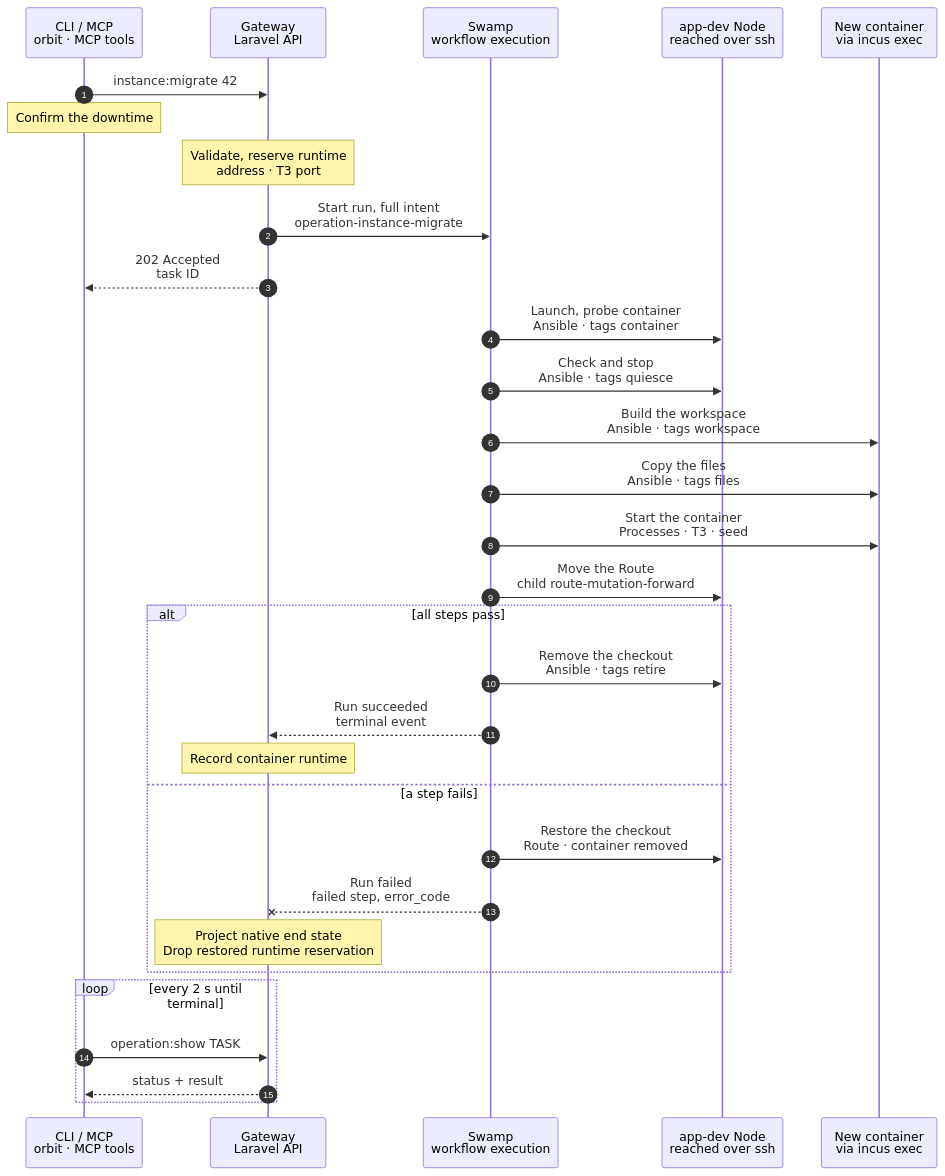
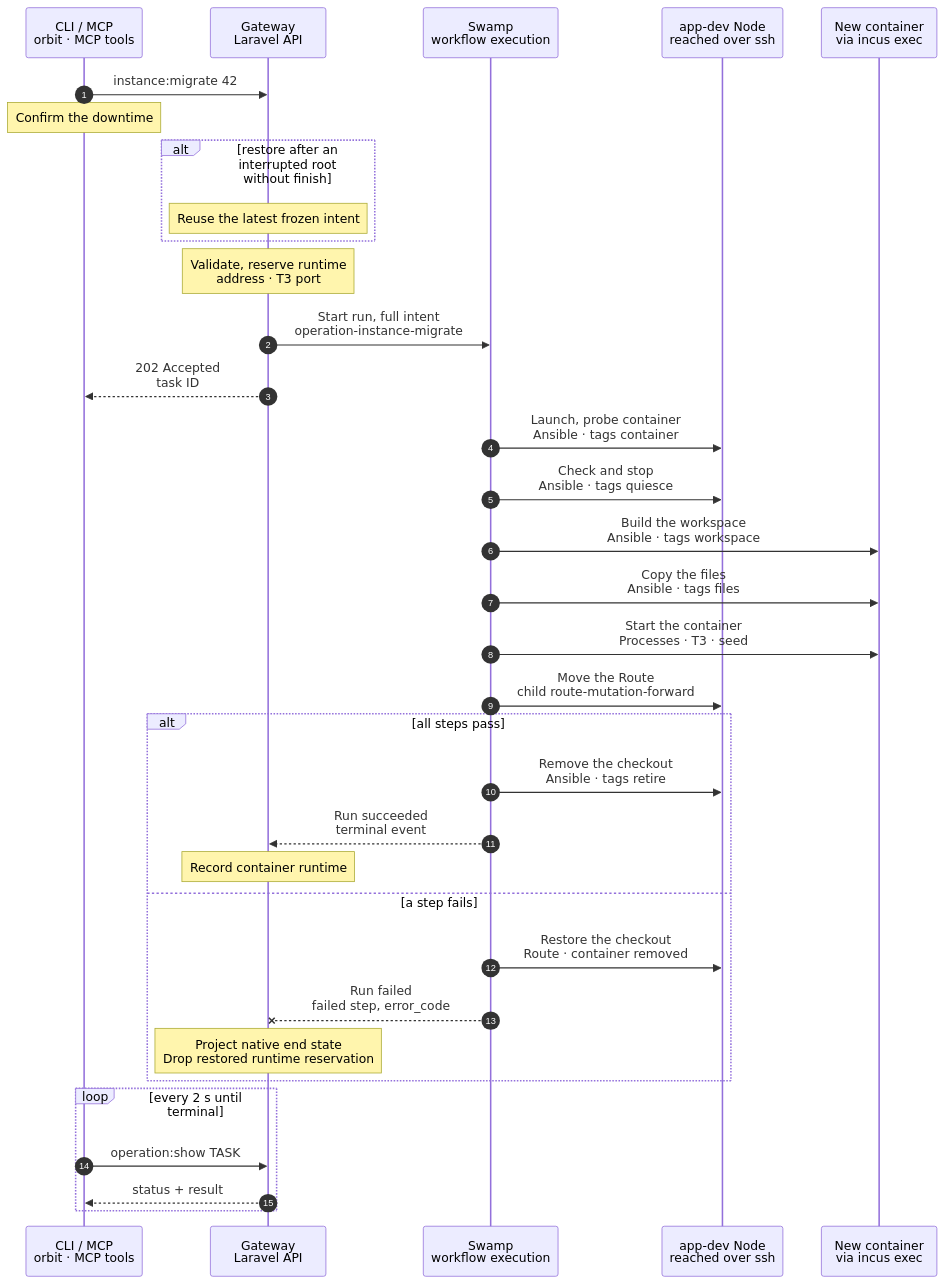
One commit to hardimpactdev/orbit changed the diagram in docs/cli/instance/migrate.mmd. Above: the diagram before and after it, drawn with Mermaid. The commit also changed 7 other files, not shown here.

Commit message:
docs: specify restore-only recovery for an interrupted migration

```diff
--- a/docs/cli/instance/migrate.mmd
+++ b/docs/cli/instance/migrate.mmd
@@ -1,110 +1,117 @@
 sequenceDiagram
   %% Container runtime (ADR 0250 step 8, docs/reference/development-containers.md#migrate-a-checkout-instance): one checkout Instance moves into a container, with its code. Its database stays where it is, and the container gets its own way to it. A default Instance moves before the other Instances of its Project, and keeps its checkout until its last worktree has moved. The command exists only until the last checkout Instance has moved (docs/reference/old-paths.md). The container steps are the phases of docs/cli/instance/container/create-default.mmd and create.mmd.
   %% status: draft
   %% command: instance:migrate
   %% kind: instance.migrate
   autonumber
   %% lane CLI icon=terminal pill=caller tone=gray
   %% lane GW icon=gateway pill=intent tone=blue
   %% lane SW icon=workflow pill=executes tone=green
   %% lane N icon=server pill=target tone=amber
   %% lane C icon=server pill=target tone=purple
   participant CLI as CLI / MCP<br/>orbit · MCP tools
   participant GW as Gateway<br/>Laravel API
   participant SW as Swamp<br/>workflow execution
   participant N as app-dev Node<br/>reached over ssh
   participant C as New container<br/>via incus exec
   CLI->>GW: instance:migrate 42
   %%> Command:
   %%> - `orbit instance:migrate INSTANCE`
-  %%> - syntax: `<instance> [--force] [--idempotency-key=KEY] [--json]`
+  %%> - syntax: `<instance> [--force] [--restore] [--idempotency-key=KEY] [--json]`
   Note over CLI: Confirm the downtime
   %%> What it asks:
   %%> - the Instance goes down during the move, and its old checkout moves to retention after it; `--force` answers yes
+  alt restore after an interrupted root without finish
+    Note over GW: Reuse the latest frozen intent
+    %%> - `--restore` requires the latest migrate to be interrupted without a native finish, else `instance.migrate_restore_unavailable`
+    %%> - retirement must not have begun and the container must not own the Instance, else `instance.migrate_restore_unsafe`
+    %%> - admits a new Operation of the same kind, with only Route restore, container removal and host Process/awake restore; it never repeats the move
+  end
   Note over GW: Validate, reserve runtime<br/>address · T3 port
   %%> Requirements:
   %%> - the Instance is an active checkout Instance on an `app-dev` Node of the build list, else `instance.migrate_unsupported`
   %%> - a non-default Instance needs its Project's default Instance in a container first, else `instance.default_not_migrated`
   %%> - the Instance has only ordinary systemd or supported `vp-dev` Processes, no unfinished deployment or Process operation/runtime cleanup and no Route beside its own; a non-default Instance needs Conn and the model router, as a clone does
   %%> - `vp-dev` keeps its identity, assigned port and desired state; unsupported preset versions, custom commands, external paths and recorded container port conflicts refuse before downtime, naming the Process and reason
   %%> - a web-serving Project names its PHP version; a missing version refuses with `project.source_defaults_incomplete`, naming `orbit project:update PROJECT --source-access=github_app` to record it from source
   %%> - a database on a Database server has an IPv4 address and a port, else `instance.database_clone_unsupported`
   %%> Result:
   %%> - the runtime record is reserved: the next bridge address and, for a non-default Instance, the lowest free T3 port
   %%> - the checkout stays the Instance's runtime until the Route has moved; the Route's Node is held for the run
   %%> - the Instance takes no deployment and no wake while the run lasts
   %%> - a non-default Instance's placeholder model key goes to the vault
   %%> - the whole-run budget sums the declared workflow step timeouts, including Route children, restore and cleanup, plus admission and settlement margin
   GW->>SW: Start run, full intent<br/>operation-instance-migrate
   GW-->>CLI: 202 Accepted<br/>task ID
   SW->>N: Launch, probe container<br/>Ansible · tags container
   %%> What it does:
   %%> - before any Node change, checks the recorded branch and every planned retirement; a refusal leaves prior resources untouched
   %%> - checks checkout symlinks and dependency package links before creating the container, skipping `.git` and installed package contents; broken links or targets outside the checkout refuse with `instance.migrate_symlink_unsupported`, naming every path and target
   %%> - retirement preflight refuses unpushed local branches or detached HEAD and stashes, with their existing named errors; it reads local refs only
   %%> - deletes a container that an earlier failed move left, then creates and starts the new container through the shared container phase; discard leaves shared bridge endpoint rules for host reconciliation
   %%> - each attached target gets an exact TCP allow in both the bridge and NIC ACLs; both keep default reject. Endpoint adds reread on ETag conflict, at most five attempts with a one-second delay
   %%> - probes every attached target from inside the container before downtime, else `instance.database_unreachable`
   %%> - fetches the branch from the checkout into the Node's mirror, including commits never pushed
   SW->>N: Check and stop<br/>Ansible · tags quiesce
   %%> What it does:
   %%> - repeats the branch, retirement and source symlink checks before stopping writers
   %%> - stops and disables the host Process units, then removes the awake marker
   %%> - records that quiesce began, so a failure before it never restarts host units or rewrites the awake marker
   SW->>C: Build the workspace<br/>Ansible · tags workspace
   %%> What it does:
   %%> - pushes the branch in as a bundle and checks it out in a standalone repository in `/srv/workspace`
   %%> - a non-default checkout is a linked worktree, so its `.git` is never copied
   SW->>C: Copy the files<br/>Ansible · tags files
   %%> What it does:
   %%> - copies every file that differs from the commit, every untracked file and every ignored file, `.env` among them
   %%> - removes the tracked files that the checkout deleted, and rewrites the checkout's path in `.env` to `/srv/workspace`
   %%> - checks the exact copied tree inside the container, maps old-checkout targets into the workspace and rewrites absolute internal links there; broken or external links fail with the same code before any Process starts, relative links keep their targets, and source links never change
   %%> - a non-default Instance gets the proxy device that publishes its T3 port
   SW->>C: Start the container<br/>Processes · T3 · seed
   %%> What it does:
   %%> - starts FrankenPHP and the Instance's existing Processes as `orbit`, with the same ids and desired states; their environment files come through the vault
   %%> - writes the shared FrankenPHP Caddyfile and unit; only the Node's bridge peer with `X-Forwarded-Proto: https` sets PHP's HTTPS scheme, port and resolved client IP; other requests keep native values
   %%> - container units order after `network.target`, without pulling in `network-online.target`; starts are nonblocking, followed by a bounded readiness check for each unit
   %%> - `vp-dev` uses the runtime folder’s `current/bin/vp`, workspace paths and its assigned port on `0.0.0.0`; only the Node can reach that port, and Caddy sends `/__orbit/vite` there
   %%> - a non-default Instance gets `/etc/orbit/instance`, the agent settings and its T3 server, registered as in create
   %%> - a default Instance gets its first `seed-<commit>` snapshot
   SW->>N: Move the Route<br/>child route-mutation-forward
   %%> What it does:
   %%> - points the Instance's Route at FrankenPHP in the container, and withdraws the checkout's PHP-FPM pool
   alt all steps pass
     SW->>N: Remove the checkout<br/>Ansible · tags retire
     %%> What it does:
     %%> - removes the old host Process units and their environment folders
     %%> - repeats the same retirement preflight as an early warning; a new blocker leaves the container serving and the checkout intact
     %%> - atomically moves each old checkout under `<checkout>.orbit-retired-git/<sha256 of original path>`; the retained root is beside the migrating Instance's checkout
     %%> - keeps the whole tree, including Git objects, refs, reflogs, `.git/modules` and nested repositories; a late worktree cannot lose its Git metadata to retirement
     %%> - records `retained_git_path` and `retained_git_at` on the Instance; `instance:show` and the Instance API expose them
     %%> - writes the awake marker; a default's checkout stays until its last worktree has moved; retirement never deletes or prunes Git metadata
     %%> If it fails:
     %%> - the container stays the Instance; the run fails with `instance.migrate_retire_failed`, and the source or retained checkout stays on the Node
     SW-->>GW: Run succeeded<br/>terminal event
     Note over GW: Record container runtime
     %%> Result:
     %%> - the Instance's workspace is the container's; the runtime runs, a default's row holds its seed commit
     %%> - a SQLite file moved with the files, so its connection record goes; stored `.env` values follow the new path
     %%> - the Conn layer records a non-default Instance's T3 server from the result
   else a step fails
     SW->>N: Restore the checkout<br/>Route · container removed
     %%> What it does:
     %%> - puts the Route back on the checkout when the run had moved it
     %%> - deletes the new container, its ACL, its firewall rules and its mirror
     %%> - restores host Process units and the awake marker only when quiesce began; an unreachable target causes zero downtime
     %%> - the checkout and database remain in place
     SW--xGW: Run failed<br/>failed step, error_code
     Note over GW: Project native end state<br/>Drop restored runtime reservation
     %%> - after a Gateway deadline or confirmed cancel, read the native finish and step history; moved/restored/ready and the native error code decide the receipt and runtime ownership
     %%> - only a run with no native end keeps `operation.timed_out`; a restored checkout has no container reservation, so Process commands reach the host
     %%> Retry:
     %%> - run the same command again; it starts with a new container
     %%> - a restore that failed keeps the reserved record and its address, and names the failed step
+    %%> - an interrupted root with no finish records moved/restored/ready as unknown and names `orbit instance:migrate INSTANCE --restore --force`; restore refuses after retirement began
   end
   loop every 2 s until terminal
     CLI->>GW: operation:show TASK
     GW-->>CLI: status + result
   end
```
